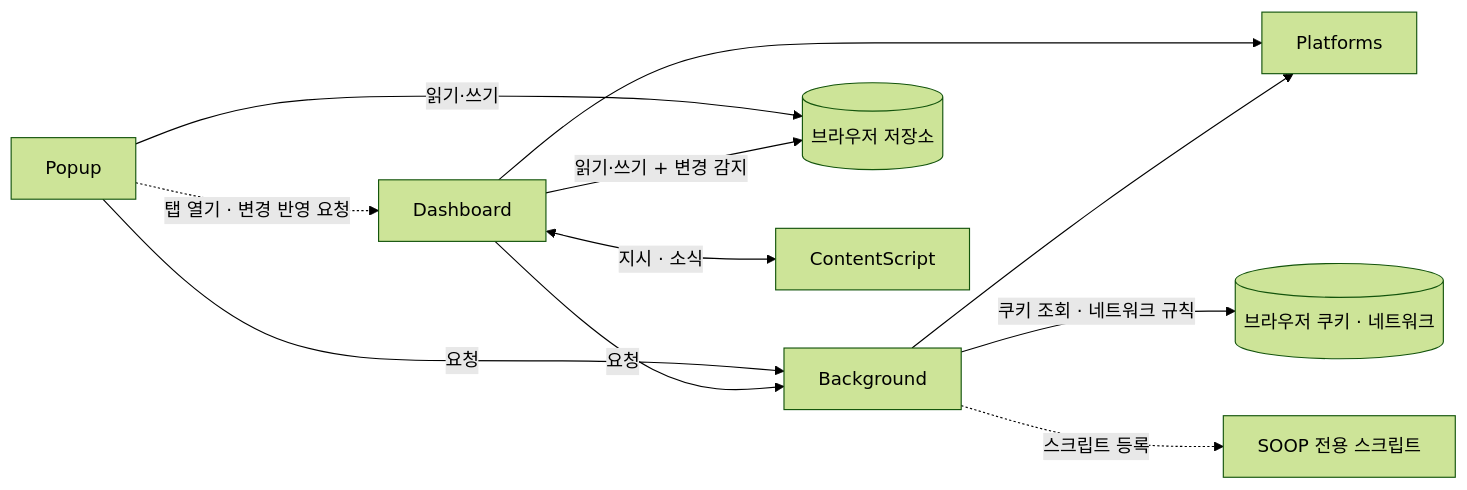
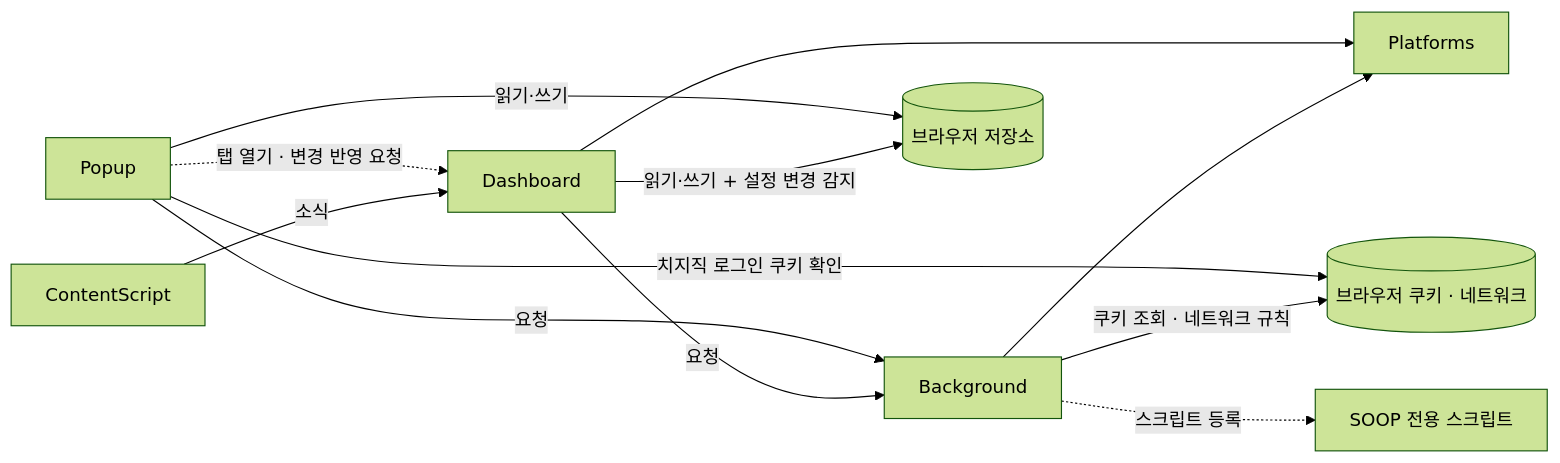
One commit to QYnote/ChzzkMultiViewer changed the first of 2 diagrams in document/Logical-Viewpoint/Architecture.md. Above: the diagram before and after it, drawn with Mermaid (forest theme). The commit also changed other lines of this file and 14 other files, not shown here.

````diff
--- a/document/Logical-Viewpoint/Architecture.md
+++ b/document/Logical-Viewpoint/Architecture.md
@@ -46,15 +46,16 @@
 ```mermaid
 graph LR
   Popup -->|요청| Background
   Popup -->|읽기·쓰기| Storage[(브라우저 저장소)]
+  Popup -->|치지직 로그인 쿠키 확인| BrowserNet
   Popup -.->|탭 열기 · 변경 반영 요청| Dashboard
 
   Dashboard --> Platforms
   Dashboard -->|요청| Background
-  Dashboard -->|읽기·쓰기 + 변경 감지| Storage
-  Dashboard <-->|지시 · 소식| ContentScript
+  Dashboard -->|읽기·쓰기 + 설정 변경 감지| Storage
+  ContentScript -->|소식| Dashboard
 
   Background --> Platforms
   Background -->|쿠키 조회 · 네트워크 규칙| BrowserNet[(브라우저 쿠키 · 네트워크)]
   Background -.->|스크립트 등록| ContentScriptMain[SOOP 전용 스크립트]
 ```
````
